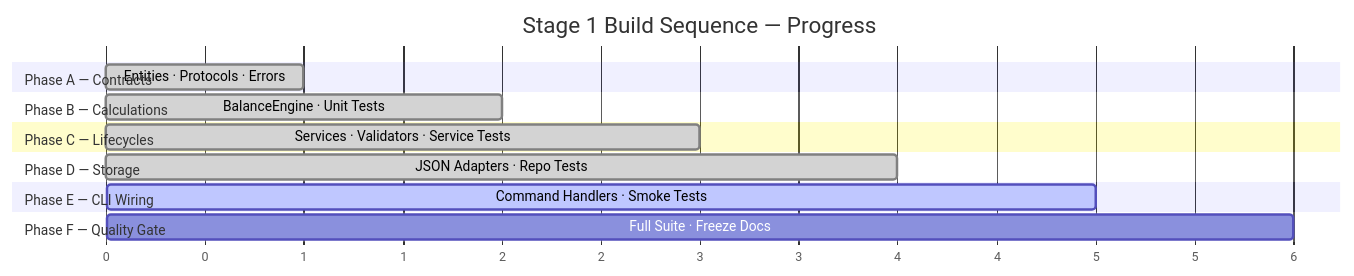
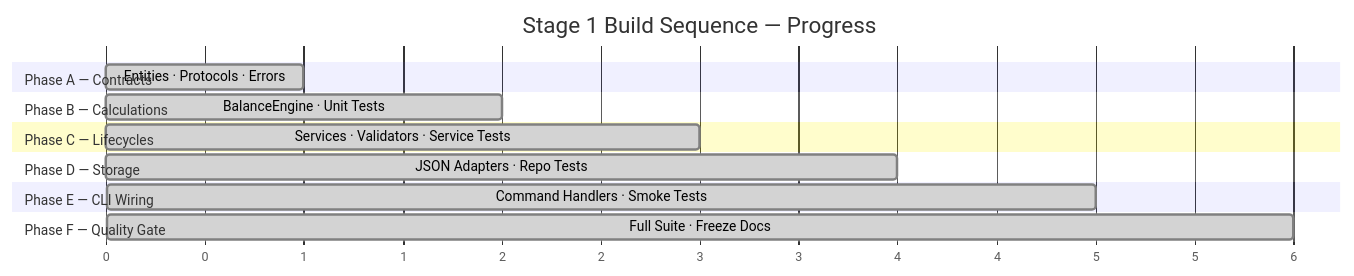
Before and after one commit to MoaminShikha/student-expense-tracker: the first of 25 diagrams in Docs/stage1_implementation_status.md, drawn with Mermaid. The commit also changed other lines of this file, not shown here.

Commit message:
docs(stage1): freeze final implementation status

````diff
--- a/Docs/stage1_implementation_status.md
+++ b/Docs/stage1_implementation_status.md
@@ -23,24 +23,24 @@
 ```mermaid
 gantt
     title Stage 1 Build Sequence — Progress
     dateFormat X
     axisFormat %s
 
     section Phase A — Contracts
     Entities · Protocols · Errors   :done, a1, 0, 1
 
     section Phase B — Calculations
     BalanceEngine · Unit Tests      :done, b1, 1, 2
 
     section Phase C — Lifecycles
     Services · Validators · Service Tests :done, c1, 2, 3
 
     section Phase D — Storage
     JSON Adapters · Repo Tests      :done, d1, 3, 4
 
     section Phase E — CLI Wiring
-    Command Handlers · Smoke Tests  :active, e1, 4, 5
+    Command Handlers · Smoke Tests  :done, e1, 4, 5
 
     section Phase F — Quality Gate
-    Full Suite · Freeze Docs        :c1, 5, 6
+    Full Suite · Freeze Docs        :done, c1, 5, 6
 ```
````
